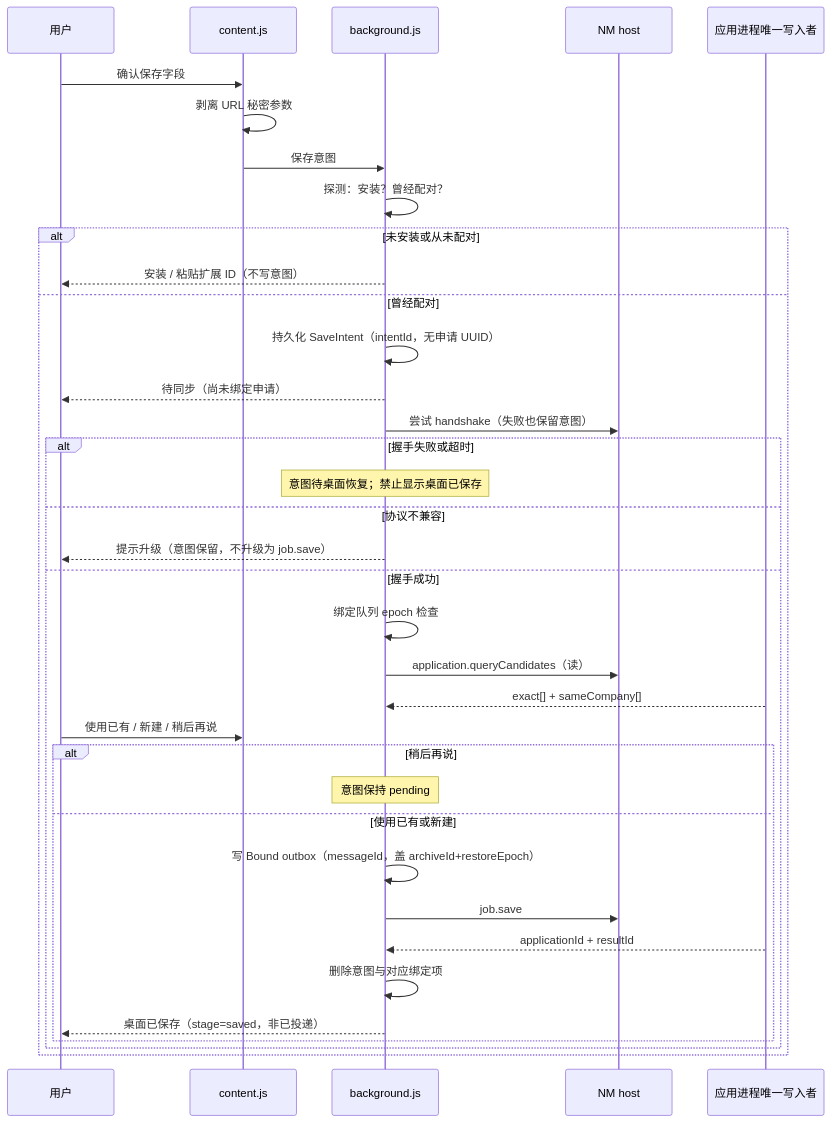
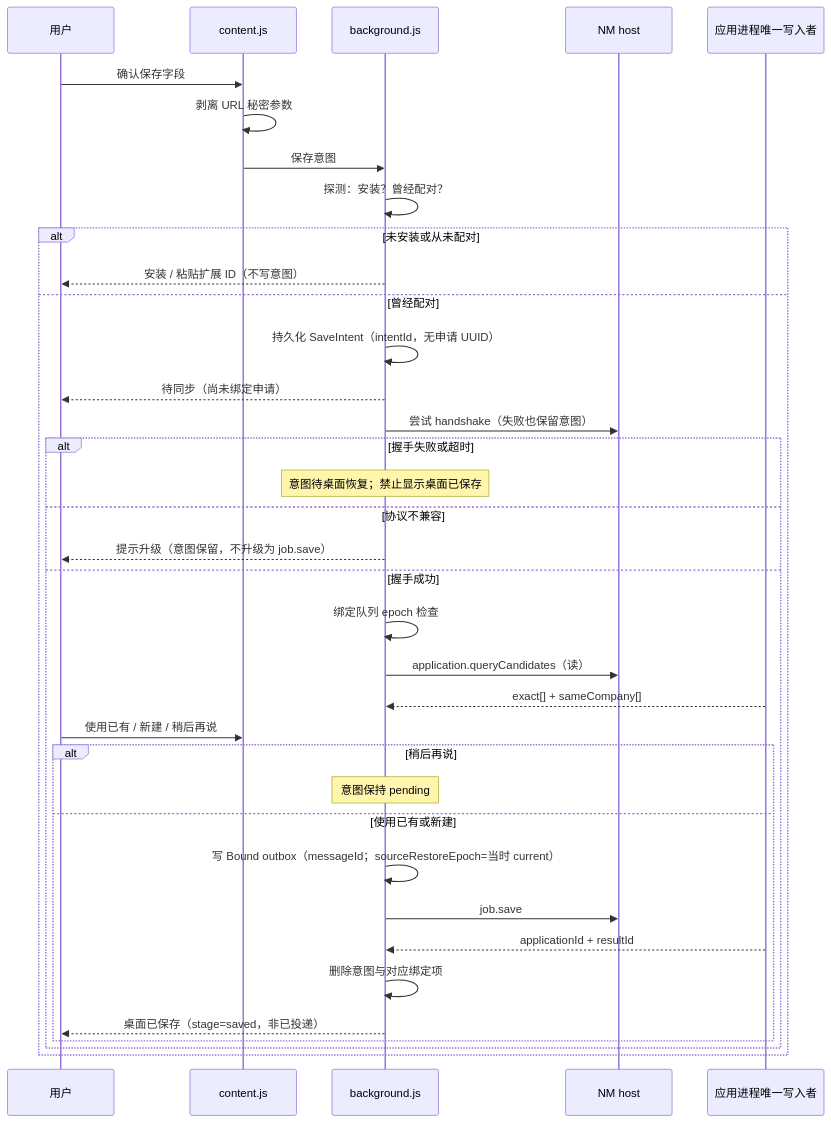
Before and after one commit to TshyGO/resume-form-assistant-plugin: the first of 3 diagrams in docs/desktop-mvp/product-requirements.md, drawn with Mermaid. The commit also changed other lines of this file and 4 other files, not shown here.

First line of the commit message:
docs(d01): freeze write identity, evidence, sequence, and chunk contracts

````diff
--- a/docs/desktop-mvp/product-requirements.md
+++ b/docs/desktop-mvp/product-requirements.md
@@ -155,38 +156,38 @@
 ```mermaid
 sequenceDiagram
   participant U as 用户
   participant CS as content.js
   participant SW as background.js
   participant H as NM host
   participant APP as 应用进程唯一写入者
   U->>CS: 确认保存字段
   CS->>CS: 剥离 URL 秘密参数
   CS->>SW: 保存意图
   SW->>SW: 探测：安装？曾经配对？
   alt 未安装或从未配对
     SW-->>U: 安装 / 粘贴扩展 ID（不写意图）
   else 曾经配对
     SW->>SW: 持久化 SaveIntent（intentId，无申请 UUID）
     SW-->>U: 待同步（尚未绑定申请）
     SW->>H: 尝试 handshake（失败也保留意图）
     alt 握手失败或超时
       Note over SW: 意图待桌面恢复；禁止显示桌面已保存
     else 协议不兼容
       SW-->>U: 提示升级（意图保留，不升级为 job.save）
     else 握手成功
       SW->>SW: 绑定队列 epoch 检查
       SW->>H: application.queryCandidates（读）
       APP-->>SW: exact[] + sameCompany[]
       U->>CS: 使用已有 / 新建 / 稍后再说
       alt 稍后再说
         Note over SW: 意图保持 pending
       else 使用已有或新建
-        SW->>SW: 写 Bound outbox（messageId，盖 archiveId+restoreEpoch）
+        SW->>SW: 写 Bound outbox（messageId；sourceRestoreEpoch=当时 current）
         SW->>H: job.save
         APP-->>SW: applicationId + resultId
         SW->>SW: 删除意图与对应绑定项
         SW-->>U: 桌面已保存（stage=saved，非已投递）
       end
     end
   end
 ```
````
